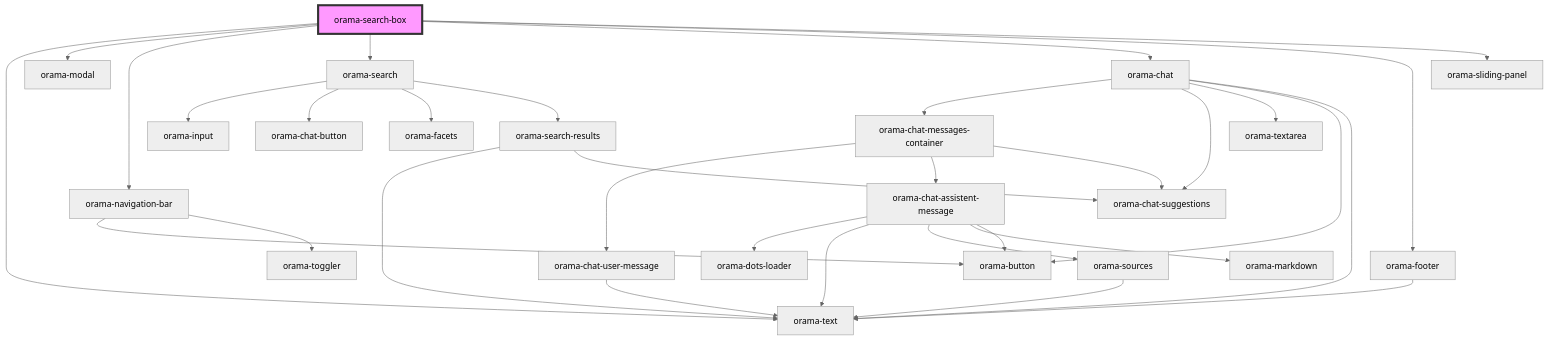
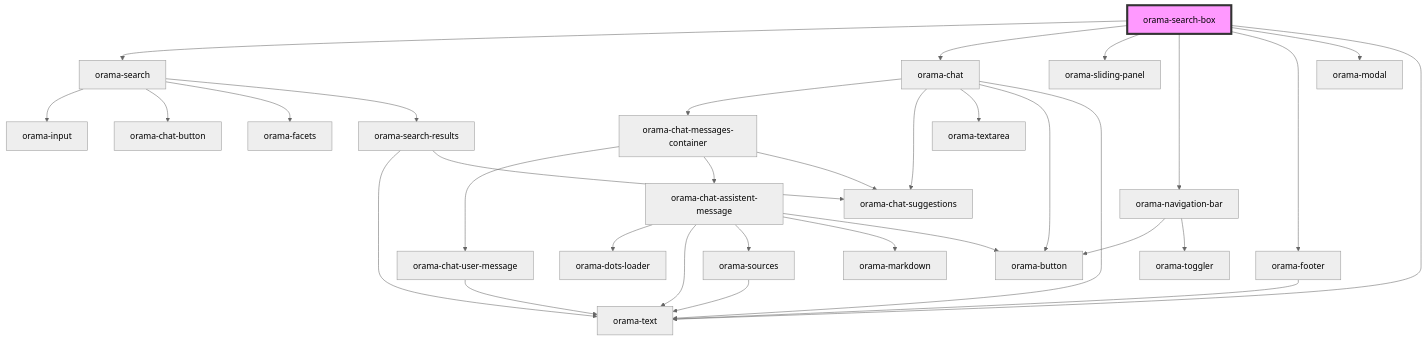
The diagram in packages/ui-stencil/src/components/orama-search-box/readme.md (askorama/orama-ui-components), drawn with Mermaid (neutral theme) before and after one commit. The commit also changed other lines of this file and 13 other files, not shown here.

````diff
--- a/packages/ui-stencil/src/components/orama-search-box/readme.md
+++ b/packages/ui-stencil/src/components/orama-search-box/readme.md
@@ -45,35 +48,35 @@
 ```mermaid
 graph TD;
-  orama-search-box --> orama-text
-  orama-search-box --> orama-modal
-  orama-search-box --> orama-navigation-bar
   orama-search-box --> orama-search
   orama-search-box --> orama-chat
+  orama-search-box --> orama-sliding-panel
+  orama-search-box --> orama-navigation-bar
   orama-search-box --> orama-footer
-  orama-search-box --> orama-sliding-panel
-  orama-navigation-bar --> orama-button
-  orama-navigation-bar --> orama-toggler
+  orama-search-box --> orama-modal
+  orama-search-box --> orama-text
   orama-search --> orama-input
   orama-search --> orama-chat-button
   orama-search --> orama-facets
   orama-search --> orama-search-results
   orama-search-results --> orama-text
   orama-search-results --> orama-chat-suggestions
   orama-chat --> orama-chat-messages-container
   orama-chat --> orama-chat-suggestions
   orama-chat --> orama-textarea
   orama-chat --> orama-button
   orama-chat --> orama-text
   orama-chat-messages-container --> orama-chat-user-message
   orama-chat-messages-container --> orama-chat-assistent-message
   orama-chat-messages-container --> orama-chat-suggestions
   orama-chat-user-message --> orama-text
   orama-chat-assistent-message --> orama-dots-loader
   orama-chat-assistent-message --> orama-text
   orama-chat-assistent-message --> orama-sources
   orama-chat-assistent-message --> orama-markdown
   orama-chat-assistent-message --> orama-button
   orama-sources --> orama-text
+  orama-navigation-bar --> orama-button
+  orama-navigation-bar --> orama-toggler
   orama-footer --> orama-text
   style orama-search-box fill:#f9f,stroke:#333,stroke-width:4px
 ```
````
